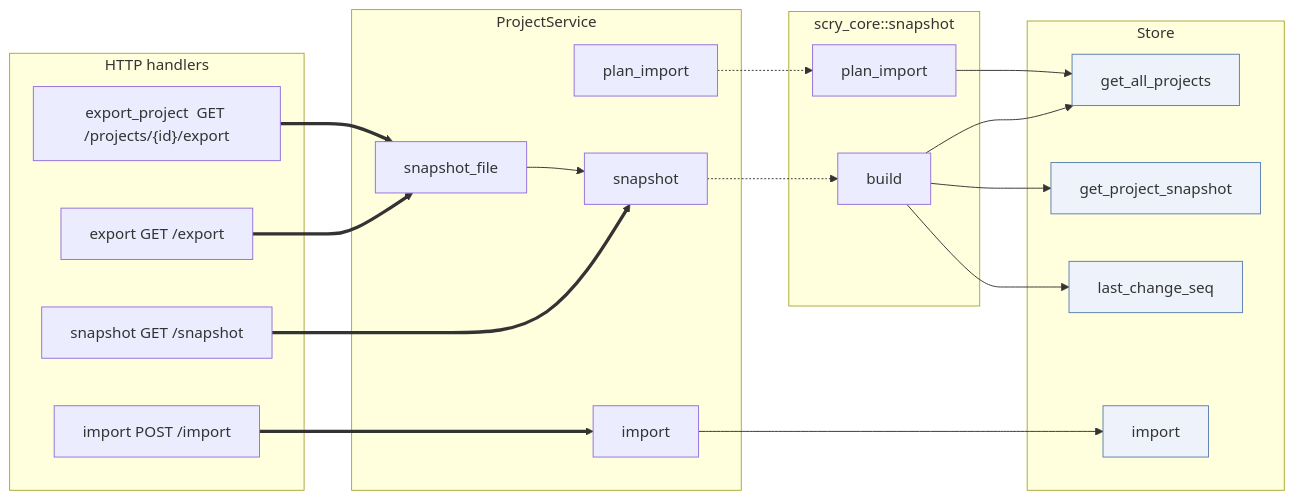
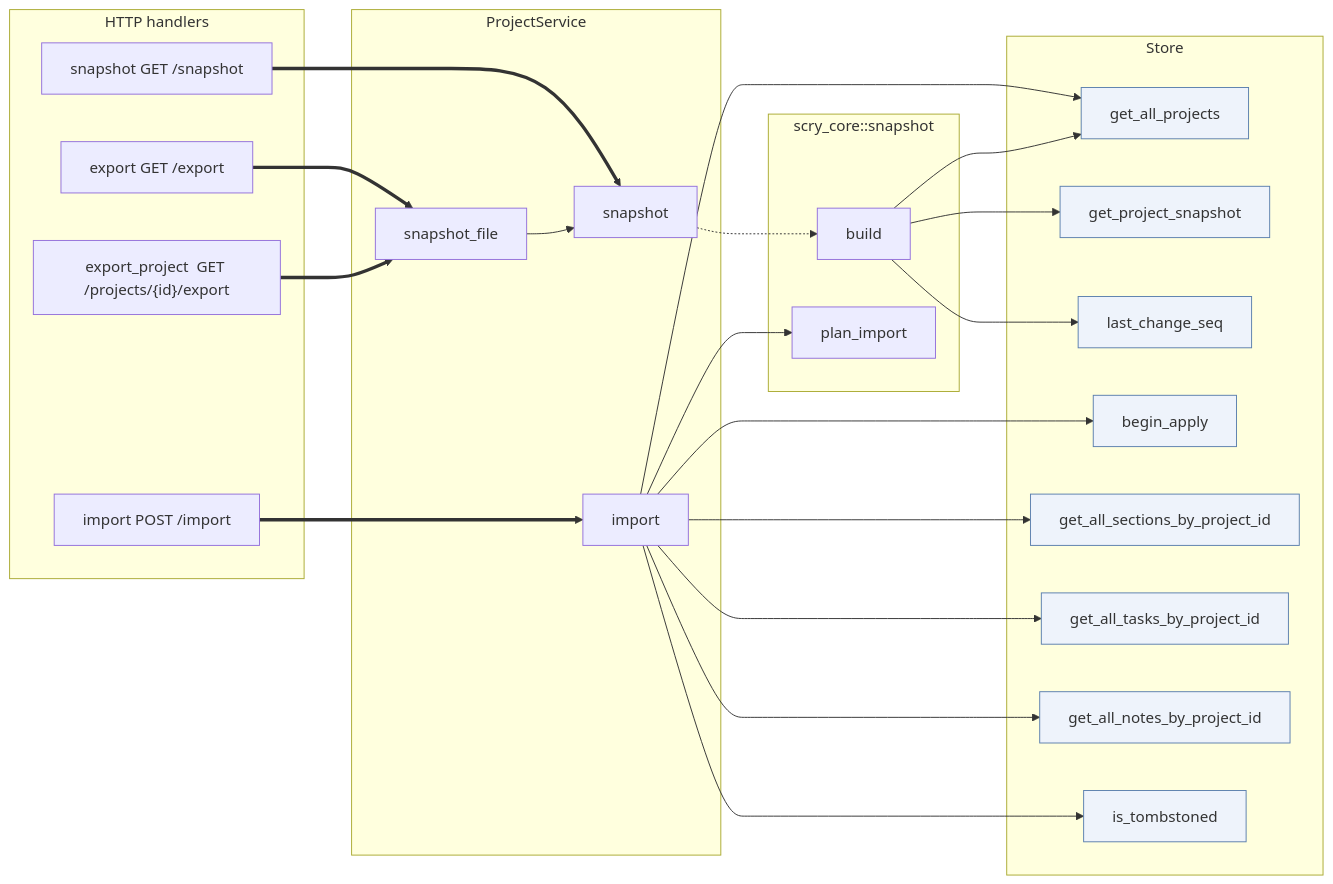
One commit to paulwrubel/scry changed the sixth of 6 diagrams in docs/service-store-calls.md. Above: the diagram before and after it, drawn with Mermaid. The commit also changed other lines of this file and 13 other files, not shown here.

````diff
--- a/docs/service-store-calls.md
+++ b/docs/service-store-calls.md
@@ -422,45 +422,52 @@
 ```mermaid
 flowchart LR
   subgraph http["HTTP handlers"]
     h_snapshot["snapshot  GET /snapshot"]
     h_export["export  GET /export"]
     h_export_project["export_project  GET /projects/{id}/export"]
     h_import["import  POST /import"]
   end
 
   subgraph svc["ProjectService"]
     snapshot[snapshot]
     snapshot_file[snapshot_file]
-    plan_import[plan_import]
     import[import]
   end
 
   subgraph snapshot_core["scry_core::snapshot"]
     bk_build[build]
     bk_plan_import[plan_import]
   end
 
   subgraph store["Store"]
     st_get_all_projects[get_all_projects]
     st_get_project_snapshot[get_project_snapshot]
     st_last_change_seq[last_change_seq]
-    st_import[import]
+    st_begin_apply[begin_apply]
+    st_get_all_sections_by_project_id[get_all_sections_by_project_id]
+    st_get_all_tasks_by_project_id[get_all_tasks_by_project_id]
+    st_get_all_notes_by_project_id[get_all_notes_by_project_id]
+    st_is_tombstoned[is_tombstoned]
   end
 
   h_snapshot ==> snapshot
   h_export ==> snapshot_file
   h_export_project ==> snapshot_file
   h_import ==> import
 
   snapshot_file --> snapshot
   snapshot -.-> bk_build
-  plan_import -.-> bk_plan_import
-  import --> st_import
+  import --> bk_plan_import
+  import --> st_begin_apply
+  import --> st_get_all_projects
+  import --> st_get_all_sections_by_project_id
+  import --> st_get_all_tasks_by_project_id
+  import --> st_get_all_notes_by_project_id
+  import --> st_is_tombstoned
   bk_build --> st_last_change_seq
   bk_build --> st_get_all_projects
   bk_build --> st_get_project_snapshot
-  bk_plan_import --> st_get_all_projects
 
   classDef storeNode fill:#eef3fb,stroke:#5b7fae,stroke-width:1px
-  class st_get_all_projects,st_get_project_snapshot,st_last_change_seq,st_import storeNode
+  class st_get_all_projects,st_get_project_snapshot,st_last_change_seq,st_begin_apply,st_get_all_sections_by_project_id,st_get_all_tasks_by_project_id,st_get_all_notes_by_project_id,st_is_tombstoned storeNode
 ```
````
